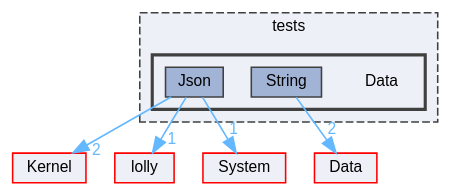
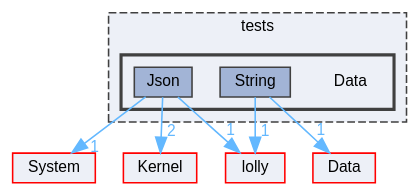
Before and after one commit to XmacsLabs/lolly: the diagram in dir_0e16d6e1be87168091a429944e6ef96f_dep.dot, drawn with Graphviz. The commit also changed 315 other files, not shown here.

```diff
--- a/dir_0e16d6e1be87168091a429944e6ef96f_dep.dot
+++ b/dir_0e16d6e1be87168091a429944e6ef96f_dep.dot
@@ -1,25 +1,26 @@
 digraph "Data"
 {
  // LATEX_PDF_SIZE
   bgcolor="transparent";
   edge [fontname=Helvetica,fontsize=10,labelfontname=Helvetica,labelfontsize=10];
   node [fontname=Helvetica,fontsize=10,shape=box,height=0.2,width=0.4];
   compound=true
   subgraph clusterdir_59425e443f801f1f2fd8bbe4959a3ccf {
     graph [ bgcolor="#edf0f7", pencolor="grey25", label="tests", fontname=Helvetica,fontsize=10 style="filled,dashed", URL="dir_59425e443f801f1f2fd8bbe4959a3ccf.html",tooltip=""]
   subgraph clusterdir_0e16d6e1be87168091a429944e6ef96f {
     graph [ bgcolor="#edf0f7", pencolor="grey25", label="", fontname=Helvetica,fontsize=10 style="filled,bold", URL="dir_0e16d6e1be87168091a429944e6ef96f.html",tooltip=""]
     dir_0e16d6e1be87168091a429944e6ef96f [shape=plaintext, label="Data"];
   dir_34b3ecfd724974c6fe2259c8a716411f [label="Json", fillcolor="#a2b4d6", color="grey25", style="filled", URL="dir_34b3ecfd724974c6fe2259c8a716411f.html",tooltip=""];
   dir_c067da720bbdf70a3aba5f2f5c550860 [label="String", fillcolor="#a2b4d6", color="grey25", style="filled", URL="dir_c067da720bbdf70a3aba5f2f5c550860.html",tooltip=""];
   }
   }
   dir_52bed8acfaac088d5968cb2c84d7645d [label="Kernel", fillcolor="#edf0f7", color="red", style="filled", URL="dir_52bed8acfaac088d5968cb2c84d7645d.html",tooltip=""];
   dir_4e4e38b7a3cbd015b31043c806009c51 [label="lolly", fillcolor="#edf0f7", color="red", style="filled", URL="dir_4e4e38b7a3cbd015b31043c806009c51.html",tooltip=""];
   dir_9af51e3826d4f9e80d9103b2de543e84 [label="System", fillcolor="#edf0f7", color="red", style="filled", URL="dir_9af51e3826d4f9e80d9103b2de543e84.html",tooltip=""];
   dir_e3d743d0ec9b4013b28b5d69101bc7fb [label="Data", fillcolor="#edf0f7", color="red", style="filled", URL="dir_e3d743d0ec9b4013b28b5d69101bc7fb.html",tooltip=""];
-  dir_34b3ecfd724974c6fe2259c8a716411f->dir_4e4e38b7a3cbd015b31043c806009c51 [headlabel="1", labeldistance=1.5 headhref="dir_000021_000025.html" color="steelblue1" fontcolor="steelblue1"];
-  dir_34b3ecfd724974c6fe2259c8a716411f->dir_52bed8acfaac088d5968cb2c84d7645d [headlabel="2", labeldistance=1.5 headhref="dir_000021_000022.html" color="steelblue1" fontcolor="steelblue1"];
-  dir_34b3ecfd724974c6fe2259c8a716411f->dir_9af51e3826d4f9e80d9103b2de543e84 [headlabel="1", labeldistance=1.5 headhref="dir_000021_000036.html" color="steelblue1" fontcolor="steelblue1"];
-  dir_c067da720bbdf70a3aba5f2f5c550860->dir_e3d743d0ec9b4013b28b5d69101bc7fb [headlabel="2", labeldistance=1.5 headhref="dir_000034_000007.html" color="steelblue1" fontcolor="steelblue1"];
+  dir_34b3ecfd724974c6fe2259c8a716411f->dir_4e4e38b7a3cbd015b31043c806009c51 [headlabel="1", labeldistance=1.5 headhref="dir_000023_000027.html" color="steelblue1" fontcolor="steelblue1"];
+  dir_34b3ecfd724974c6fe2259c8a716411f->dir_52bed8acfaac088d5968cb2c84d7645d [headlabel="2", labeldistance=1.5 headhref="dir_000023_000024.html" color="steelblue1" fontcolor="steelblue1"];
+  dir_34b3ecfd724974c6fe2259c8a716411f->dir_9af51e3826d4f9e80d9103b2de543e84 [headlabel="1", labeldistance=1.5 headhref="dir_000023_000038.html" color="steelblue1" fontcolor="steelblue1"];
+  dir_c067da720bbdf70a3aba5f2f5c550860->dir_4e4e38b7a3cbd015b31043c806009c51 [headlabel="1", labeldistance=1.5 headhref="dir_000036_000027.html" color="steelblue1" fontcolor="steelblue1"];
+  dir_c067da720bbdf70a3aba5f2f5c550860->dir_e3d743d0ec9b4013b28b5d69101bc7fb [headlabel="1", labeldistance=1.5 headhref="dir_000036_000007.html" color="steelblue1" fontcolor="steelblue1"];
 }
```
